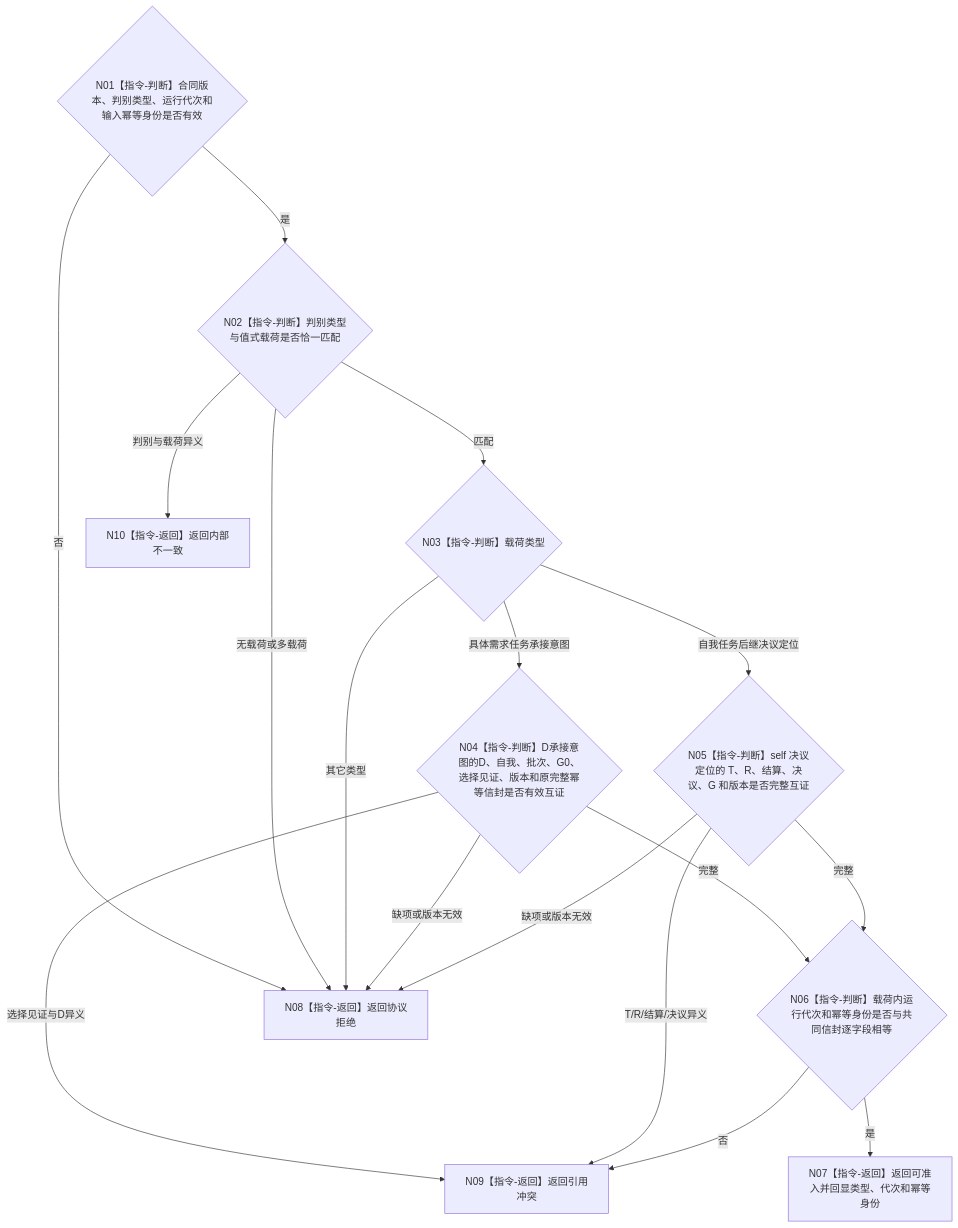
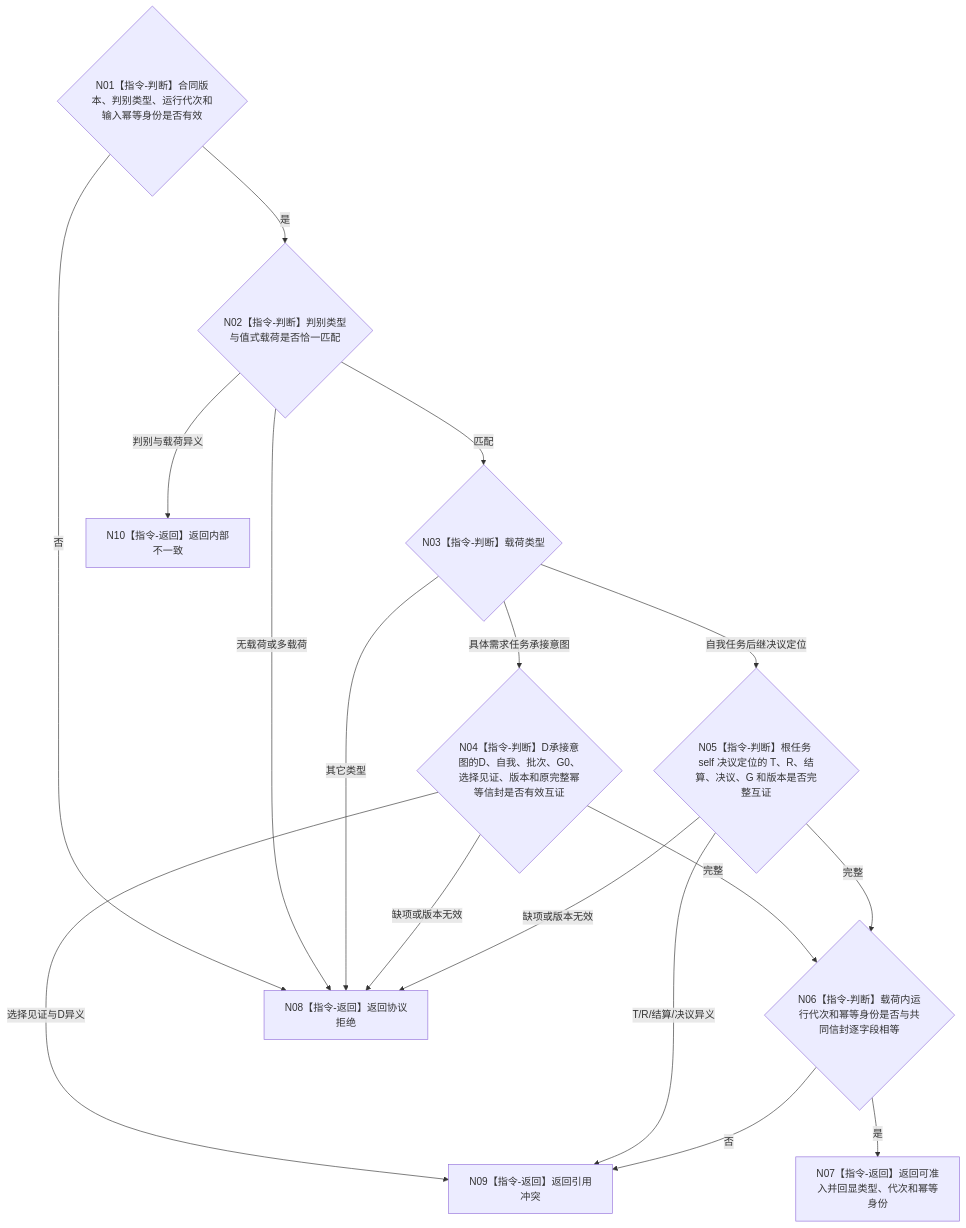
Before and after one commit to chunhaizh-cyber/HY-Ego: the diagram in 流程图/目标业务流程图/L3/BIZ-L3-002-08-01_复核一个任务管理具名输入_目标函数流程图_v0.2.md, drawn with Mermaid. The commit also changed other lines of this file and 8 other files, not shown here.

````diff
--- a/流程图/目标业务流程图/L3/BIZ-L3-002-08-01_复核一个任务管理具名输入_目标函数流程图_v0.2.md
+++ b/流程图/目标业务流程图/L3/BIZ-L3-002-08-01_复核一个任务管理具名输入_目标函数流程图_v0.2.md
@@ -38,30 +38,30 @@
 ```mermaid
 flowchart TD
     N01{"N01【指令-判断】合同版本、判别类型、运行代次和输入幂等身份是否有效"}
     N02{"N02【指令-判断】判别类型与值式载荷是否恰一匹配"}
     N03{"N03【指令-判断】载荷类型"}
     N04{"N04【指令-判断】D承接意图的D、自我、批次、G0、选择见证、版本和原完整幂等信封是否有效互证"}
-    N05{"N05【指令-判断】self 决议定位的 T、R、结算、决议、G 和版本是否完整互证"}
+    N05{"N05【指令-判断】根任务 self 决议定位的 T、R、结算、决议、G 和版本是否完整互证"}
     N06{"N06【指令-判断】载荷内运行代次和幂等身份是否与共同信封逐字段相等"}
     N07["N07【指令-返回】返回可准入并回显类型、代次和幂等身份"]
     N08["N08【指令-返回】返回协议拒绝"]
     N09["N09【指令-返回】返回引用冲突"]
     N10["N10【指令-返回】返回内部不一致"]
 
     N01 -->|否| N08
     N01 -->|是| N02
     N02 -->|无载荷或多载荷| N08
     N02 -->|判别与载荷异义| N10
     N02 -->|匹配| N03
     N03 -->|具体需求任务承接意图| N04
     N03 -->|自我任务后继决议定位| N05
     N03 -->|其它类型| N08
     N04 -->|缺项或版本无效| N08
     N04 -->|选择见证与D异义| N09
     N04 -->|完整| N06
     N05 -->|缺项或版本无效| N08
     N05 -->|T/R/结算/决议异义| N09
     N05 -->|完整| N06
     N06 -->|否| N09
     N06 -->|是| N07
 ```
````
